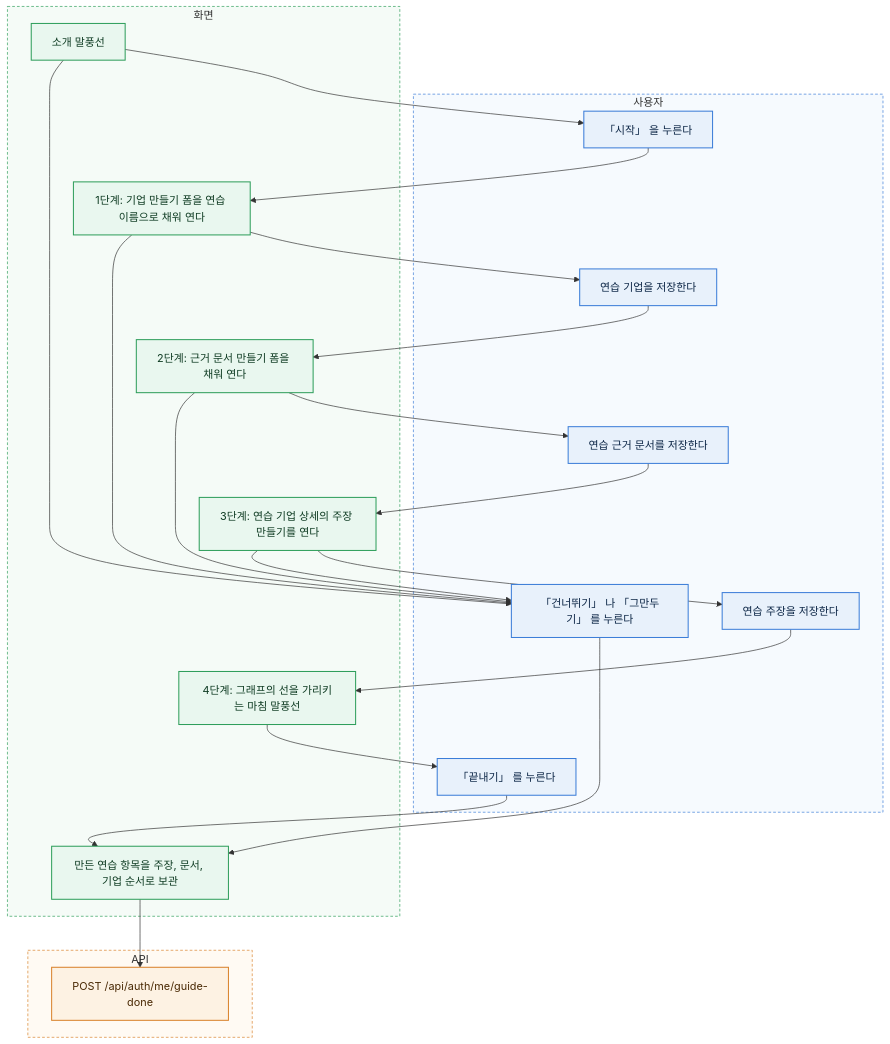
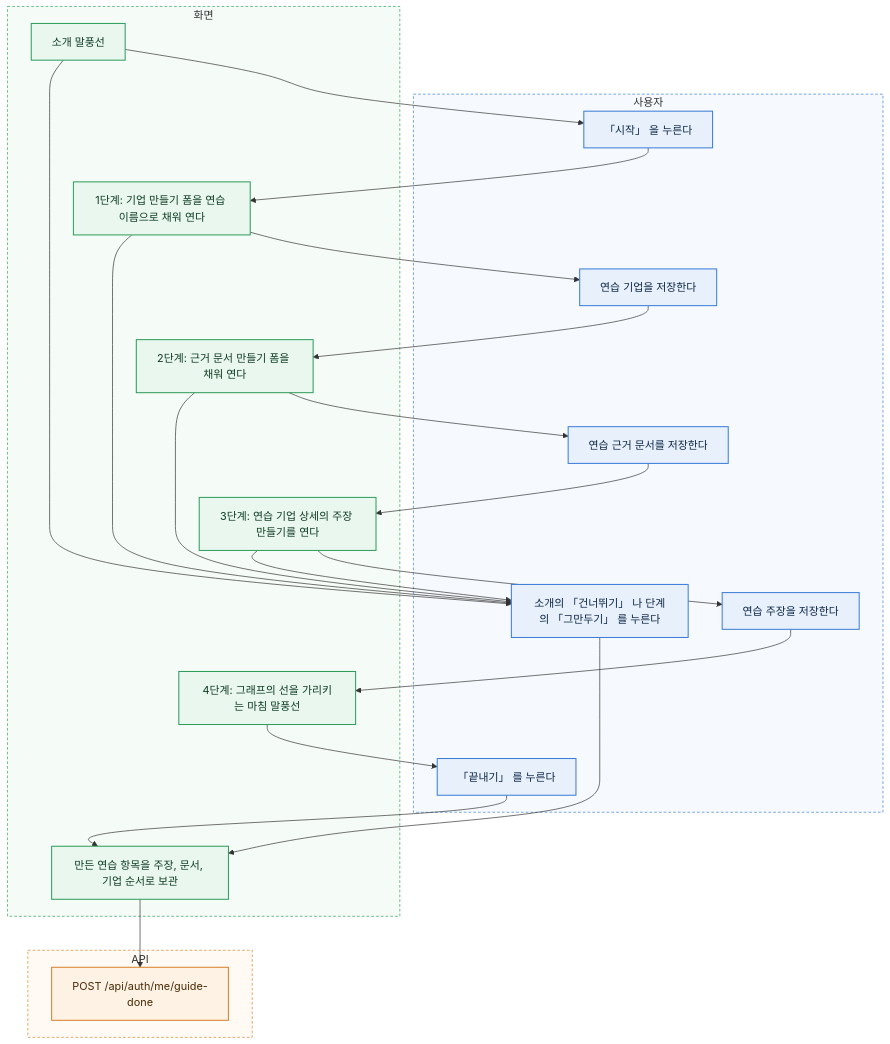
Diagram 12 of 12 in financial-workbench/docs/flow.md (jon890/fos-graphrag), drawn with Mermaid before and after one commit. The commit also changed other lines of this file and 3 other files, not shown here.

````diff
--- a/financial-workbench/docs/flow.md
+++ b/financial-workbench/docs/flow.md
@@ -506,38 +506,38 @@
 ```mermaid
 %%{init: {"theme":"base","themeVariables":{"fontFamily":"'Noto Sans KR', sans-serif","fontSize":"14px","lineColor":"#7A8594","primaryTextColor":"#1D1F23","edgeLabelBackground":"#FFFFFF","clusterBkg":"#FAFAFA"},"flowchart":{"curve":"basis","nodeSpacing":40,"rankSpacing":60,"padding":14}}}%%
 flowchart TD
   subgraph 사용자
     U0[「시작」 을 누른다]
     U1[연습 기업을 저장한다]
     U2[연습 근거 문서를 저장한다]
     U3[연습 주장을 저장한다]
     U4[「끝내기」 를 누른다]
-    US[「건너뛰기」 나 「그만두기」 를 누른다]
+    US[소개의 「건너뛰기」 나 단계의 「그만두기」 를 누른다]
   end
   subgraph 화면
     S0[소개 말풍선]
     S1[1단계: 기업 만들기 폼을 연습 이름으로 채워 연다]
     S2[2단계: 근거 문서 만들기 폼을 채워 연다]
     S3[3단계: 연습 기업 상세의 주장 만들기를 연다]
     S4[4단계: 그래프의 선을 가리키는 마침 말풍선]
     A[만든 연습 항목을 주장, 문서, 기업 순서로 보관]
   end
   subgraph API
     G[POST /api/auth/me/guide-done]
   end
   S0 --> U0 --> S1 --> U1 --> S2 --> U2 --> S3 --> U3 --> S4 --> U4 --> A --> G
   S0 --> US
   S1 --> US
   S2 --> US
   S3 --> US
   US --> A
   classDef c1 fill:#E8F1FB,stroke:#3B7DD8,stroke-width:1.5px,color:#0B2545
   classDef c2 fill:#E9F7EF,stroke:#2E9E5B,stroke-width:1.5px,color:#0E3B22
   classDef c3 fill:#FDF2E3,stroke:#D9822B,stroke-width:1.5px,color:#4A2A05
   class U0,U1,U2,U3,U4,US c1
   class S0,S1,S2,S3,S4,A c2
   class G c3
   style 사용자 fill:#F6FAFE,stroke:#3B7DD8,stroke-dasharray:4 3
   style 화면 fill:#F5FBF7,stroke:#2E9E5B,stroke-dasharray:4 3
   style API fill:#FFFAF3,stroke:#D9822B,stroke-dasharray:4 3
 ```
````
